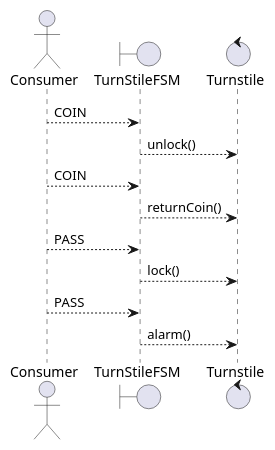
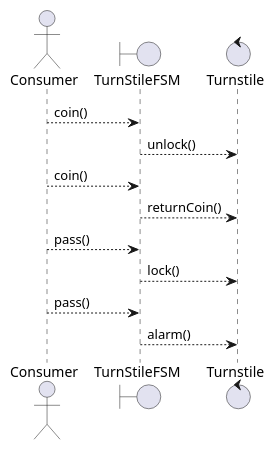
The diagram in src/doc/plantuml/turnstile_sequence.plantuml (open-jumpco/kfsm), drawn with PlantUML before and after one commit. The commit also changed 16 other files, not shown here.

```diff
--- a/src/doc/plantuml/turnstile_sequence.plantuml
+++ b/src/doc/plantuml/turnstile_sequence.plantuml
@@ -1,15 +1,15 @@
 @startuml
 actor Consumer
 boundary TurnStileFSM
 control Turnstile
 
-Consumer ----> TurnStileFSM : COIN
-TurnStileFSM ----> Turnstile : unlock()
-Consumer ----> TurnStileFSM : COIN
-TurnStileFSM ----> Turnstile : returnCoin()
-Consumer ----> TurnStileFSM : PASS
-TurnStileFSM ----> Turnstile : lock()
-Consumer ----> TurnStileFSM : PASS
-TurnStileFSM ----> Turnstile : alarm()
+Consumer -------> TurnStileFSM : coin()
+TurnStileFSM ------> Turnstile : unlock()
+Consumer -------> TurnStileFSM : coin()
+TurnStileFSM ------> Turnstile : returnCoin()
+Consumer -------> TurnStileFSM : pass()
+TurnStileFSM ------> Turnstile : lock()
+Consumer -------> TurnStileFSM : pass()
+TurnStileFSM ------> Turnstile : alarm()
 
 @enduml
```
